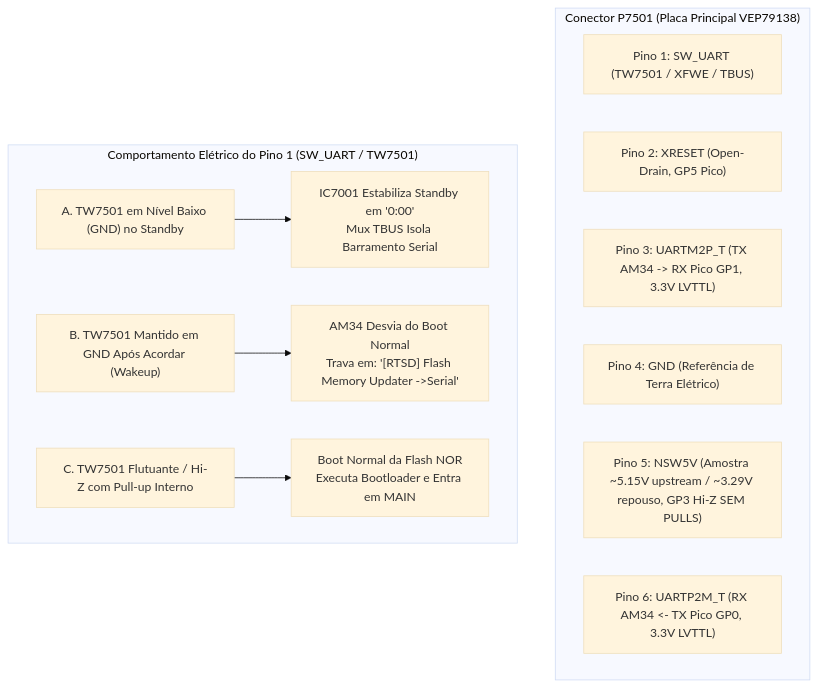
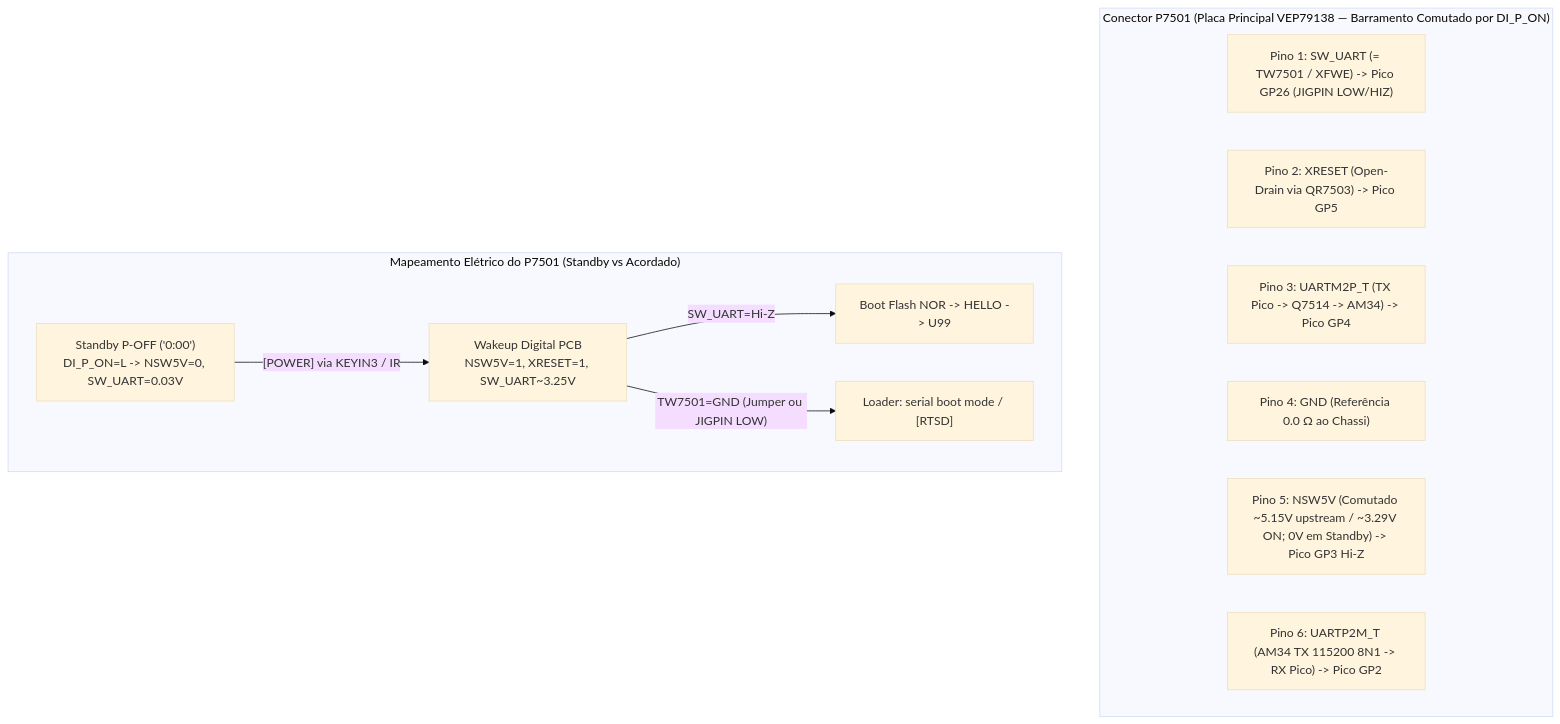
One commit to orgchrono/Panadiga changed the third of 4 diagrams in docs/pt-BR/COMPENDIO_GLOBAL_COMUNIDADE_FIRMWARE_E_HARDWARE_DIGA.md. Above: the diagram before and after it, drawn with Mermaid (base theme). The commit also changed other lines of this file and 28 other files, not shown here.

Commit message:
feat(crypto,pico,docs): integrate pana-fw/unixtract primitives, JIGPIN/Standby status in Pico C11/UF2, and DMR-ES35V 8MB NOR + DSD0603003CE SERV docs

````diff
--- a/docs/pt-BR/COMPENDIO_GLOBAL_COMUNIDADE_FIRMWARE_E_HARDWARE_DIGA.md
+++ b/docs/pt-BR/COMPENDIO_GLOBAL_COMUNIDADE_FIRMWARE_E_HARDWARE_DIGA.md
@@ -337,17 +354,17 @@
 ```mermaid
 flowchart TD
-    subgraph P7501_PINOUT["Conector P7501 (Placa Principal VEP79138)"]
-        P1["Pino 1: SW_UART (TW7501 / XFWE / TBUS)"]
-        P2["Pino 2: XRESET (Open-Drain, GP5 Pico)"]
-        P3["Pino 3: UARTM2P_T (TX AM34 -> RX Pico GP1, 3.3V LVTTL)"]
-        P4["Pino 4: GND (Referência de Terra Elétrico)"]
-        P5["Pino 5: NSW5V (Amostra ~5.15V upstream / ~3.29V repouso, GP3 Hi-Z SEM PULLS)"]
-        P6["Pino 6: UARTP2M_T (RX AM34 <- TX Pico GP0, 3.3V LVTTL)"]
+    subgraph P7501_PINOUT["Conector P7501 (Placa Principal VEP79138 — Barramento Comutado por DI_P_ON)"]
+        P1["Pino 1: SW_UART (= TW7501 / XFWE) -> Pico GP26 (JIGPIN LOW/HIZ)"]
+        P2["Pino 2: XRESET (Open-Drain via QR7503) -> Pico GP5"]
+        P3["Pino 3: UARTM2P_T (TX Pico -> Q7514 -> AM34) -> Pico GP4"]
+        P4["Pino 4: GND (Referência 0.0 Ω ao Chassi)"]
+        P5["Pino 5: NSW5V (Comutado ~5.15V upstream / ~3.29V ON; 0V em Standby) -> Pico GP3 Hi-Z"]
+        P6["Pino 6: UARTP2M_T (AM34 TX 115200 8N1 -> RX Pico) -> Pico GP2"]
     end
 
-    subgraph CIRCUIT_BEHAVIOR["Comportamento Elétrico do Pino 1 (SW_UART / TW7501)"]
-        STATE_A["A. TW7501 em Nível Baixo (GND) no Standby"] --> RES_A["IC7001 Estabiliza Standby em '0:00'\nMux TBUS Isola Barramento Serial"]
-        STATE_B["B. TW7501 Mantido em GND Após Acordar (Wakeup)"] --> RES_B["AM34 Desvia do Boot Normal\nTrava em: '[RTSD] Flash Memory Updater ->Serial'"]
-        STATE_C["C. TW7501 Flutuante / Hi-Z com Pull-up Interno"] --> RES_C["Boot Normal da Flash NOR\nExecuta Bootloader e Entra em MAIN"]
+    subgraph STANDBY_STATES["Mapeamento Elétrico do P7501 (Standby vs Acordado)"]
+        ST_OFF["Standby P-OFF ('0:00')\nDI_P_ON=L -> NSW5V=0, SW_UART=0.03V"] -->|"[POWER] via KEYIN3 / IR"| ST_WAKE["Wakeup Digital PCB\nNSW5V=1, XRESET=1, SW_UART~3.25V"]
+        ST_WAKE -->|"SW_UART=Hi-Z"| BOOT_NORM["Boot Flash NOR -> HELLO -> U99"]
+        ST_WAKE -->|"TW7501=GND (Jumper ou JIGPIN LOW)"| BOOT_SER["Loader: serial boot mode / [RTSD]"]
     end
 ```
````
